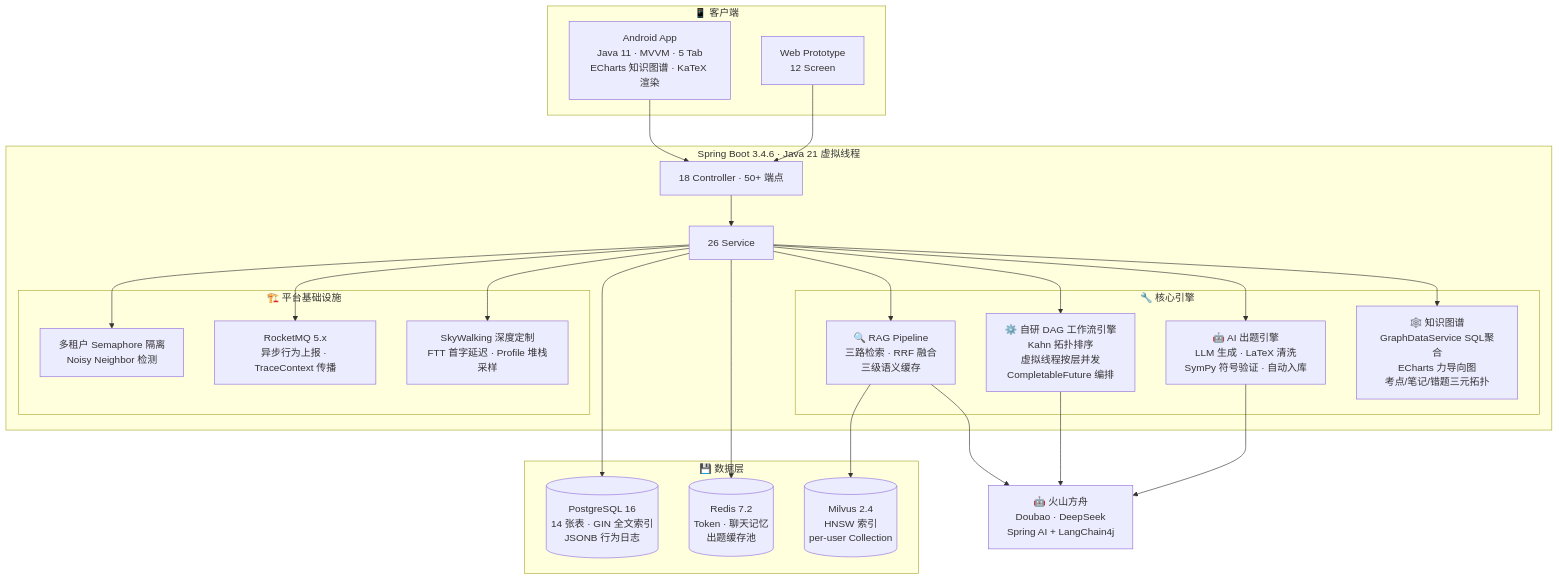
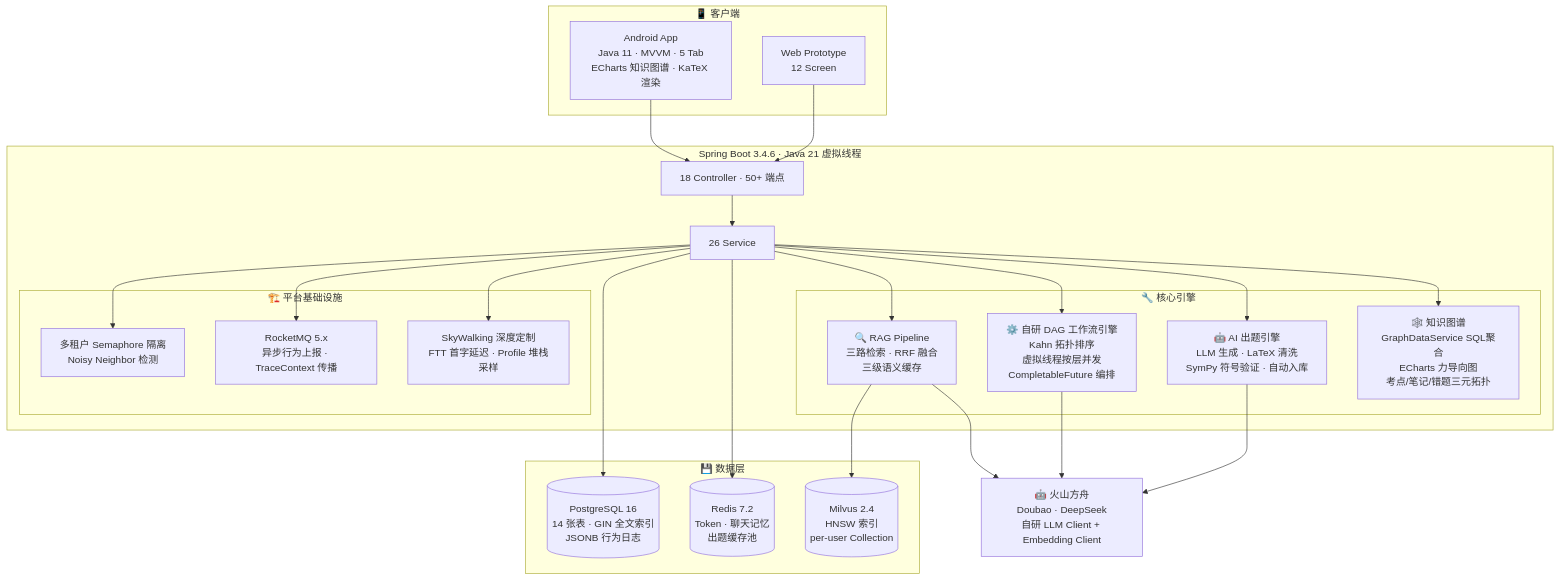
Before and after one commit to 3290744032/IRAgent: the first of 3 diagrams in README.md, drawn with Mermaid. The commit also changed other lines of this file, not shown here.

````diff
--- a/README.md
+++ b/README.md
@@ -44,50 +44,50 @@
 ```mermaid
 graph TB
     subgraph Client["📱 客户端"]
         Android["Android App<br/>Java 11 · MVVM · 5 Tab<br/>ECharts 知识图谱 · KaTeX 渲染"]
         Prototype["Web Prototype<br/>12 Screen"]
     end
 
     subgraph Server["Spring Boot 3.4.6 · Java 21 虚拟线程"]
         Controller["18 Controller · 50+ 端点"]
         Service["26 Service"]
 
         subgraph Engine["🔧 核心引擎"]
             DAG["⚙️ 自研 DAG 工作流引擎<br/>Kahn 拓扑排序<br/>虚拟线程按层并发<br/>CompletableFuture 编排"]
             RAG["🔍 RAG Pipeline<br/>三路检索 · RRF 融合<br/>三级语义缓存"]
             AIQ["🤖 AI 出题引擎<br/>LLM 生成 · LaTeX 清洗<br/>SymPy 符号验证 · 自动入库"]
             Graph["🕸️ 知识图谱<br/>GraphDataService SQL聚合<br/>ECharts 力导向图<br/>考点/笔记/错题三元拓扑"]
         end
 
         subgraph Infra["🏗️ 平台基础设施"]
             Tenant["多租户 Semaphore 隔离<br/>Noisy Neighbor 检测"]
             MQ["RocketMQ 5.x<br/>异步行为上报 · TraceContext 传播"]
             APM["SkyWalking 深度定制<br/>FTT 首字延迟 · Profile 堆栈采样"]
         end
     end
 
     subgraph Data["💾 数据层"]
         PG[("PostgreSQL 16<br/>14 张表 · GIN 全文索引<br/>JSONB 行为日志")]
         Redis[("Redis 7.2<br/>Token · 聊天记忆<br/>出题缓存池")]
         Milvus[("Milvus 2.4<br/>HNSW 索引<br/>per-user Collection")]
     end
 
-    AI["🤖 火山方舟<br/>Doubao · DeepSeek<br/>Spring AI + LangChain4j"]
+    AI["🤖 火山方舟<br/>Doubao · DeepSeek<br/>自研 LLM Client + Embedding Client"]
 
     Android --> Controller
     Prototype --> Controller
     Controller --> Service
     Service --> DAG
     Service --> RAG
     Service --> AIQ
     Service --> Graph
     Service --> Tenant
     Service --> MQ
     Service --> APM
     Service --> PG
     Service --> Redis
     RAG --> Milvus
     RAG --> AI
     DAG --> AI
     AIQ --> AI
 ```
````
